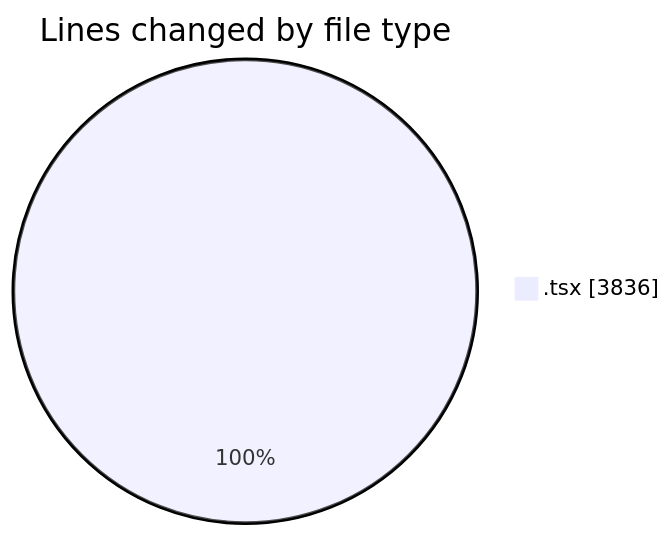
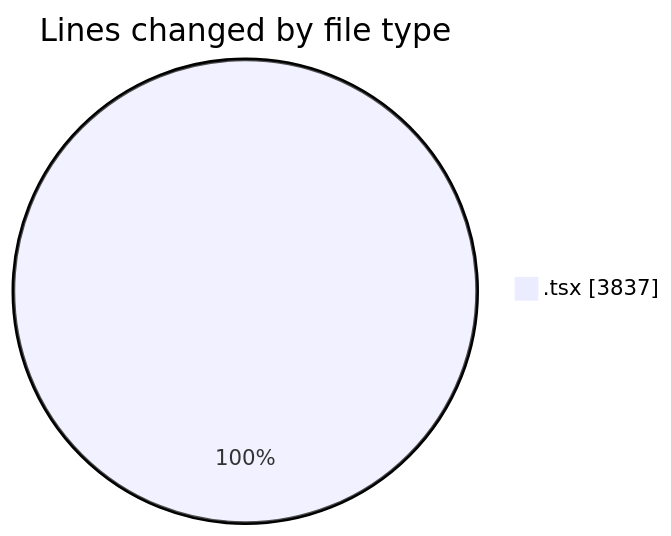
One commit to nxtqubesakshisongat/code-tracking changed the first of 2 diagrams in 2026-06-18/nxtqube_webapp/README.md. Above: the diagram before and after it, drawn with Mermaid. The commit also changed other lines of this file and 1 other file, not shown here.

````diff
--- a/2026-06-18/nxtqube_webapp/README.md
+++ b/2026-06-18/nxtqube_webapp/README.md
@@ -20,5 +20,5 @@
 ```mermaid
 pie showData
 title Lines changed by file type
-".tsx" : 3836
+".tsx" : 3837
 ```
````
